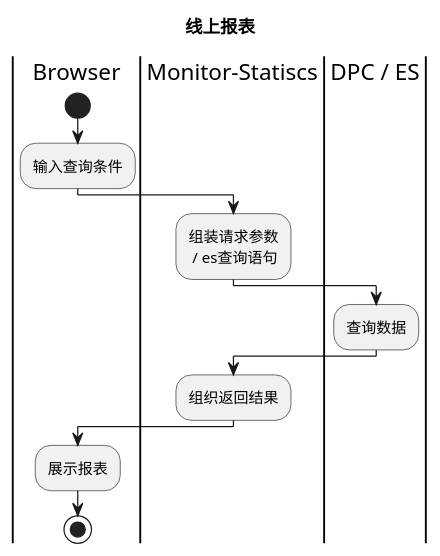
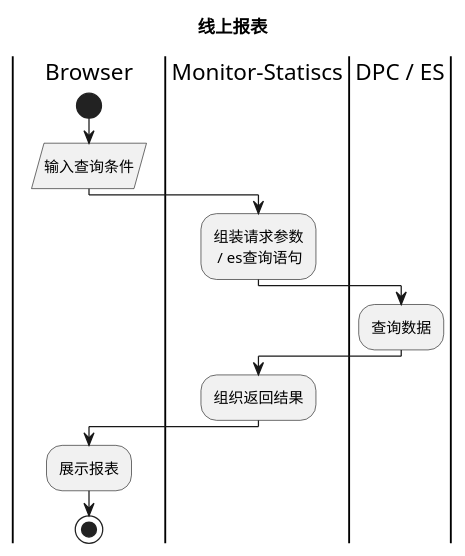
Before and after one commit to shineguo1/springDemo: the diagram in src/main/resources/uml/monitor/swim/线上报表.puml, drawn with PlantUML. The commit also changed 13 other files, not shown here.

Commit message:
uml图

```diff
--- a/src/main/resources/uml/monitor/swim/线上报表.puml
+++ b/src/main/resources/uml/monitor/swim/线上报表.puml
@@ -2,16 +2,20 @@
 @startuml
 |Browser|
 title 线上报表
 start
-:输入查询条件;
+:输入查询条件/
 |#white|Monitor-Statiscs|
 :组装请求参数
  / es查询语句;
 |DPC / ES|
 :查询数据;
 |Monitor-Statiscs|
 :组织返回结果;
 |Browser|
 :展示报表;
 stop
+
+'输入：时间、商户、产品等（各报表不同）
+'输出：报表
+'描述：在web端查询报表。目前包含商户时长报表、渠道耗时报表、业务异常报表、平均耗时走势图。
 @enduml
```
